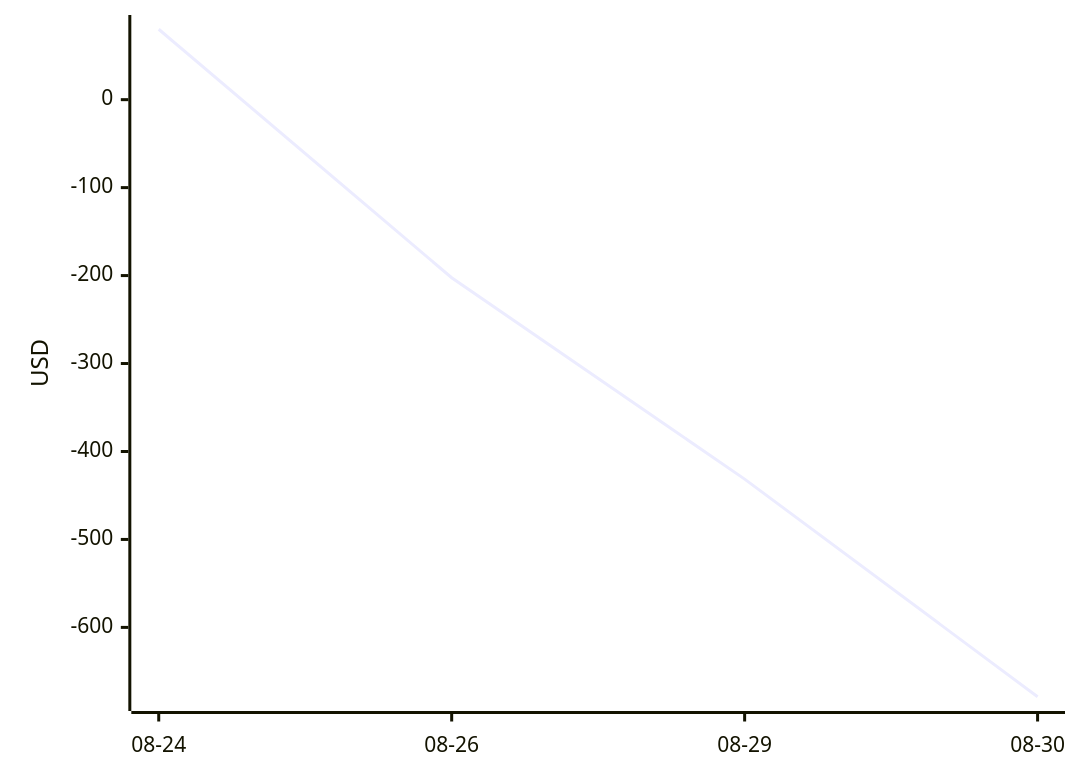
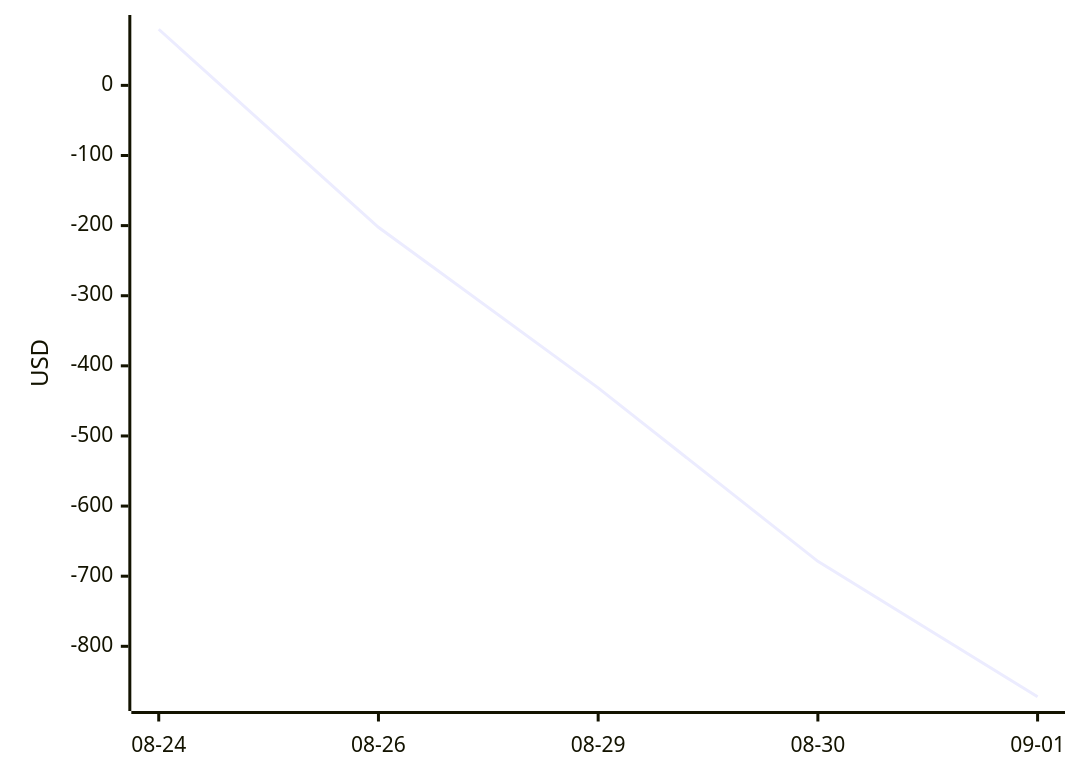
One commit to aryanvaid2108/prediction-trading changed the diagram in DASHBOARD.md. Above: the diagram before and after it, drawn with Mermaid. The commit also changed other lines of this file and 1 other file, not shown here.

````diff
--- a/DASHBOARD.md
+++ b/DASHBOARD.md
@@ -23,6 +23,6 @@
 ```mermaid
 xychart-beta
-  x-axis ["08-24", "08-26", "08-29", "08-30"]
+  x-axis ["08-24", "08-26", "08-29", "08-30", "09-01"]
   y-axis "USD"
-  line [80.05, -202.45, -431.41, -678.85]
+  line [80.05, -202.45, -431.41, -678.85, -871.94]
 ```
````
